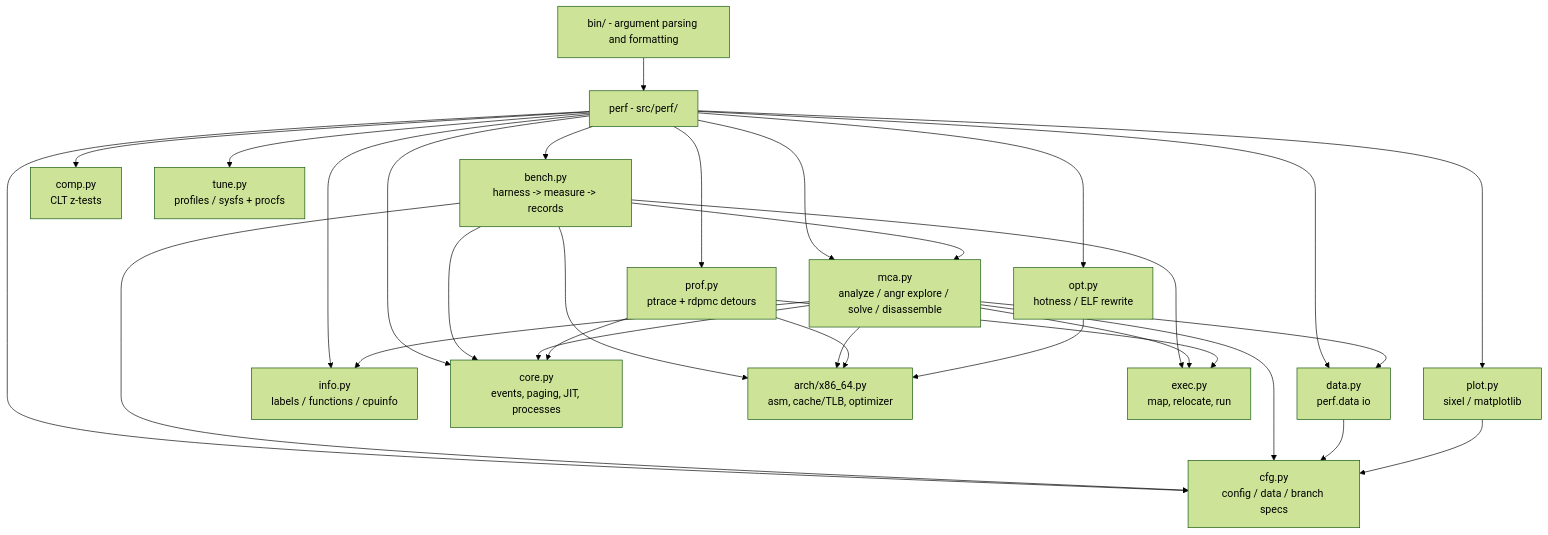
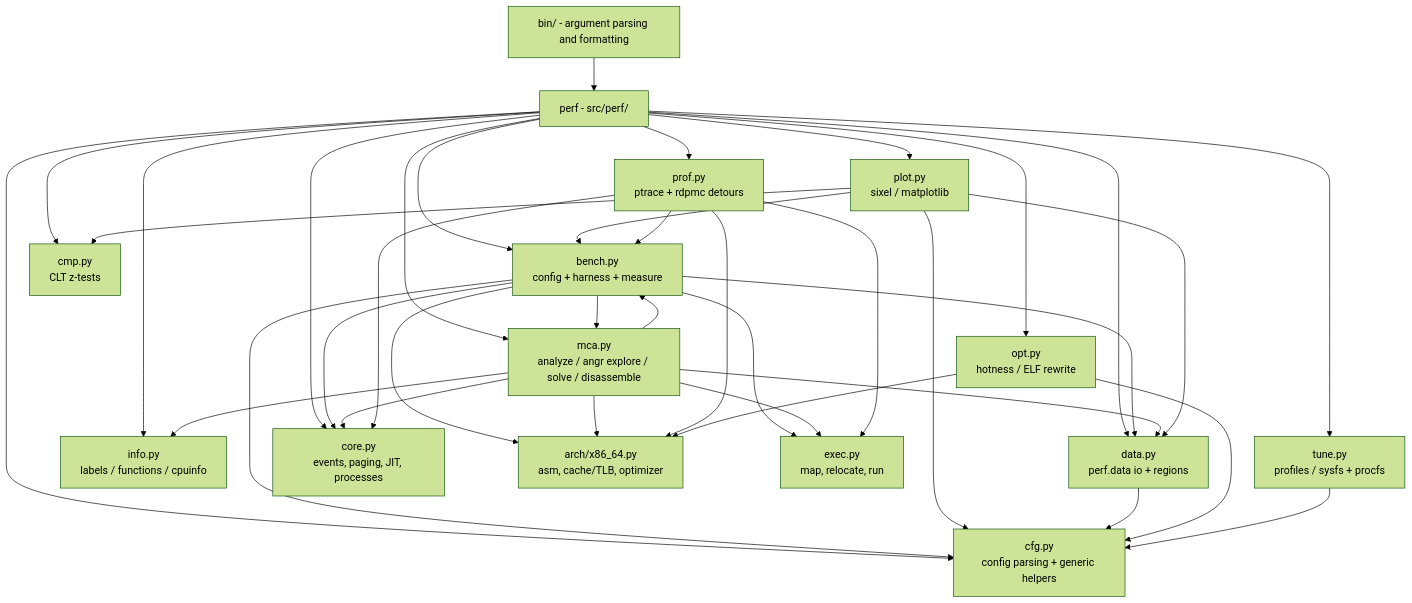
Before and after one commit to perf-labs/perf: the diagram in src/README.md, drawn with Mermaid (forest theme). The commit also changed other lines of this file and 53 other files, not shown here.

Commit message:
:wrench: [core] cfg

````diff
--- a/src/README.md
+++ b/src/README.md
@@ -7,32 +7,39 @@
 ```mermaid
 flowchart TD
     cli["bin/ - argument parsing and formatting"] --> api["perf - src/perf/"]
-    api --> bench["bench.py<br/>harness -> measure -> records"]
-    api --> cfg["cfg.py<br/>config / data / branch specs"]
+    api --> bench["bench.py<br/>config + harness + measure"]
     api --> mca["mca.py<br/>analyze / angr explore / solve / disassemble"]
     api --> opt["opt.py<br/>hotness / ELF rewrite"]
     api --> prof["prof.py<br/>ptrace + rdpmc detours"]
-    api --> comp["comp.py<br/>CLT z-tests"]
+    api --> cmp["cmp.py<br/>CLT z-tests"]
     api --> plot["plot.py<br/>sixel / matplotlib"]
-    api --> data["data.py<br/>perf.data io"]
+    api --> data["data.py<br/>perf.data io + regions"]
+    api --> cfg["cfg.py<br/>config parsing + generic helpers"]
     api --> info["info.py<br/>labels / functions / cpuinfo"]
     api --> tune["tune.py<br/>profiles / sysfs + procfs"]
     api --> core["core.py<br/>events, paging, JIT, processes"]
     bench --> mca
+    bench --> core
     bench --> cfg
-    bench --> core
     bench --> arch["arch/x86_64.py<br/>asm, cache/TLB, optimizer"]
     bench --> elf["exec.py<br/>map, relocate, run"]
-    mca --> cfg
+    bench --> data
+    mca --> bench
     mca --> core
     mca --> arch
     mca --> elf
     mca --> data
     mca --> info
+    plot --> bench
+    plot --> cfg
+    plot --> cmp
+    plot --> data
     data --> cfg
-    plot --> cfg
     prof --> core
     prof --> arch
     prof --> elf
+    prof --> bench
     opt --> arch
+    opt --> cfg
+    tune --> cfg
 ```
````
